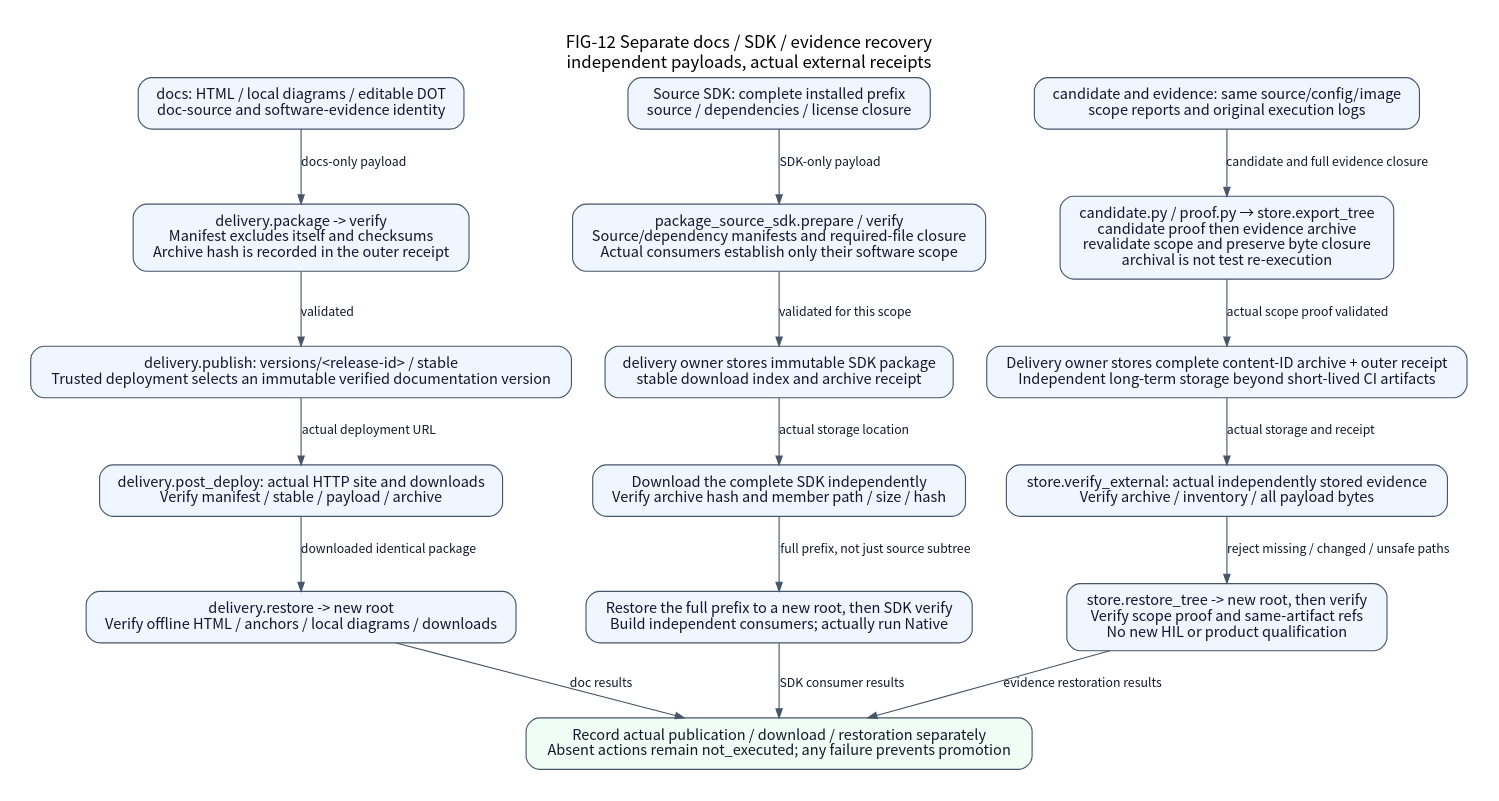
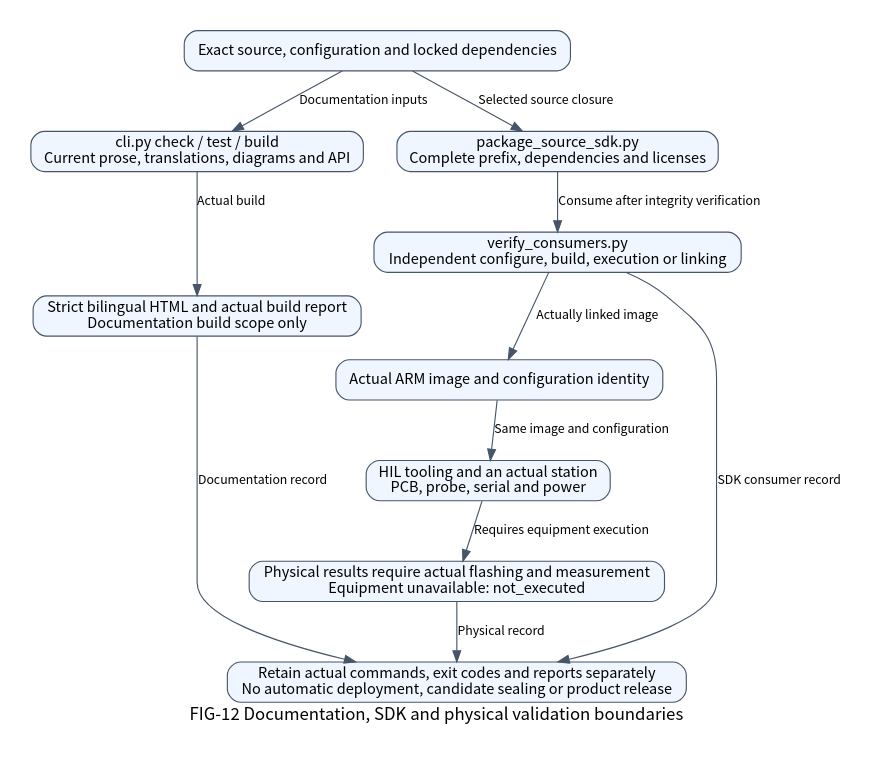
The diagram in docs/assets/diagrams/localized/en/release-recovery.dot (X-Gen-Lab/nexus), drawn with Graphviz before and after one commit. The commit also changed 30 other files, not shown here.

```diff
--- a/docs/assets/diagrams/localized/en/release-recovery.dot
+++ b/docs/assets/diagrams/localized/en/release-recovery.dot
@@ -1,51 +1,30 @@
-// FIG-12 reference: source-backed, scoped engineering view.
-// Code basis: 0111c8d3b9c7b37d258b9c401070305b13b6f3a1.
-// Relations and qualification limits are documented in README.md.
-digraph ReleaseRecovery {
-    graph [newrank=true, rankdir=TB, bgcolor="white", pad=0.28, nodesep=0.42,
-           ranksep=0.66, fontname="Noto Sans CJK SC", fontsize=15,
-           labelloc=t];
+// FIG-12: current independent documentation, SDK and HIL boundaries.
+// Code basis: cc4619261fc1cc6c07de0fe266703d6297062aa8.
+digraph ValidationBoundaries {
+    graph [rankdir=TB, bgcolor="white", pad=0.28, nodesep=0.42,
+           ranksep=0.58, fontname="Noto Sans CJK SC", fontsize=15];
     node [shape=box, style="rounded,filled", fillcolor="#eff6ff",
-          color="#475569", fontcolor="#0f172a", fontname="Noto Sans CJK SC",
-          fontsize=13, margin="0.18,0.12"];
-    edge [color="#475569", fontcolor="#0f172a",
-          fontname="Noto Sans CJK SC", fontsize=11, arrowsize=0.8];
-
-    graph [label="FIG-12 Separate docs / SDK / evidence recovery\nindependent payloads, actual external receipts"];
-    docs [label="docs: HTML / local diagrams / editable DOT\ndoc-source and software-evidence identity", group="docs"];
-    sdk [label="Source SDK: complete installed prefix\nsource / dependencies / license closure", group="sdk"];
-    candidate [label="candidate and evidence: same source/config/image\nscope reports and original execution logs", group="evidence"];
-    docsSeal [label="delivery.package -> verify\nManifest excludes itself and checksums\nArchive hash is recorded in the outer receipt", group="docs"];
-    sdkSeal [label="package_source_sdk.prepare / verify\nSource/dependency manifests and required-file closure\nActual consumers establish only their software scope", group="sdk"];
-    proofSeal [label="candidate.py / proof.py → store.export_tree\ncandidate proof then evidence archive\nrevalidate scope and preserve byte closure\narchival is not test re-execution", group="evidence"];
-    docsPublish [label="delivery.publish: versions/<release-id> / stable\nTrusted deployment selects an immutable verified documentation version", group="docs"];
-    sdkPublish [label="delivery owner stores immutable SDK package\nstable download index and archive receipt", group="sdk"];
-    proofPublish [label="Delivery owner stores complete content-ID archive + outer receipt\nIndependent long-term storage beyond short-lived CI artifacts", group="evidence"];
-    docsDownload [label="delivery.post_deploy: actual HTTP site and downloads\nVerify manifest / stable / payload / archive", group="docs"];
-    sdkDownload [label="Download the complete SDK independently\nVerify archive hash and member path / size / hash", group="sdk"];
-    proofDownload [label="store.verify_external: actual independently stored evidence\nVerify archive / inventory / all payload bytes", group="evidence"];
-    docsRestore [label="delivery.restore -> new root\nVerify offline HTML / anchors / local diagrams / downloads", group="docs"];
-    sdkRestore [label="Restore the full prefix to a new root, then SDK verify\nBuild independent consumers; actually run Native", group="sdk"];
-    proofRestore [label="store.restore_tree -> new root, then verify\nVerify scope proof and same-artifact refs\nNo new HIL or product qualification", group="evidence"];
-    receipt [label="Record actual publication / download / restoration separately\nAbsent actions remain not_executed; any failure prevents promotion", fillcolor="#f0fdf4"];
-    docs -> docsSeal [label="docs-only payload"];
-    docsSeal -> docsPublish [label="validated"];
-    docsPublish -> docsDownload [label="actual deployment URL"];
-    docsDownload -> docsRestore [label="downloaded identical package"];
-    docsRestore -> receipt [label="doc results"];
-    sdk -> sdkSeal [label="SDK-only payload"];
-    sdkSeal -> sdkPublish [label="validated for this scope"];
-    sdkPublish -> sdkDownload [label="actual storage location"];
-    sdkDownload -> sdkRestore [label="full prefix, not just source subtree"];
-    sdkRestore -> receipt [label="SDK consumer results"];
-    candidate -> proofSeal [label="candidate and full evidence closure"];
-    proofSeal -> proofPublish [label="actual scope proof validated"];
-    proofPublish -> proofDownload [label="actual storage and receipt"];
-    proofDownload -> proofRestore [label="reject missing / changed / unsafe paths"];
-    proofRestore -> receipt [label="evidence restoration results"];
-    { rank=same; docs; sdk; candidate; }
-    { rank=same; docsSeal; sdkSeal; proofSeal; }
-    { rank=same; docsPublish; sdkPublish; proofPublish; }
-    { rank=same; docsDownload; sdkDownload; proofDownload; }
-    { rank=same; docsRestore; sdkRestore; proofRestore; }
+          color="#475569", fontname="Noto Sans CJK SC", fontsize=13];
+    edge [color="#475569", fontname="Noto Sans CJK SC", fontsize=11];
+    graph [label="FIG-12 Documentation, SDK and physical validation boundaries"];
+    source [label="Exact source, configuration and locked dependencies"];
+    docs [label="cli.py check / test / build\nCurrent prose, translations, diagrams and API"];
+    html [label="Strict bilingual HTML and actual build report\nDocumentation build scope only"];
+    sdk [label="package_source_sdk.py\nComplete prefix, dependencies and licenses"];
+    consumers [label="verify_consumers.py\nIndependent configure, build, execution or linking"];
+    image [label="Actual ARM image and configuration identity"];
+    station [label="HIL tooling and an actual station\nPCB, probe, serial and power"];
+    hardware [label="Physical results require actual flashing and measurement\nEquipment unavailable: not_executed"];
+    records [label="Retain actual commands, exit codes and reports separately\nNo automatic deployment, candidate sealing or product release"];
+    source -> docs [label="Documentation inputs"];
+    docs -> html [label="Actual build"];
+    source -> sdk [label="Selected source closure"];
+    sdk -> consumers [label="Consume after integrity verification"];
+    consumers -> image [label="Actually linked image"];
+    image -> station [label="Same image and configuration"];
+    station -> hardware [label="Requires equipment execution"];
+    html -> records [label="Documentation record"];
+    consumers -> records [label="SDK consumer record"];
+    hardware -> records [label="Physical record"];
+    { rank=same; docs; sdk; }
 }
```
